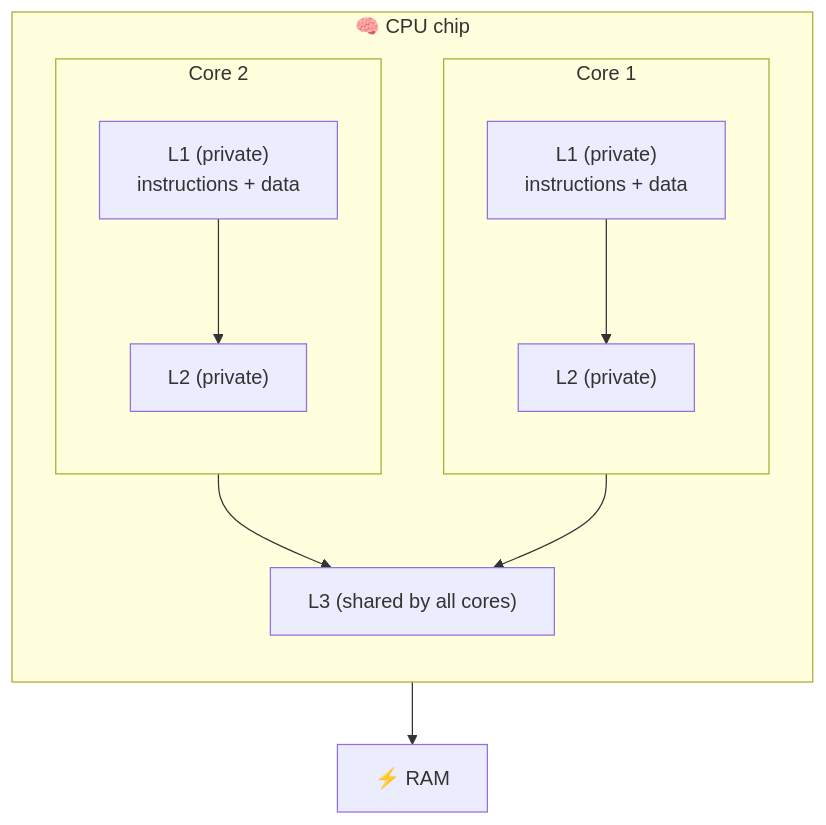
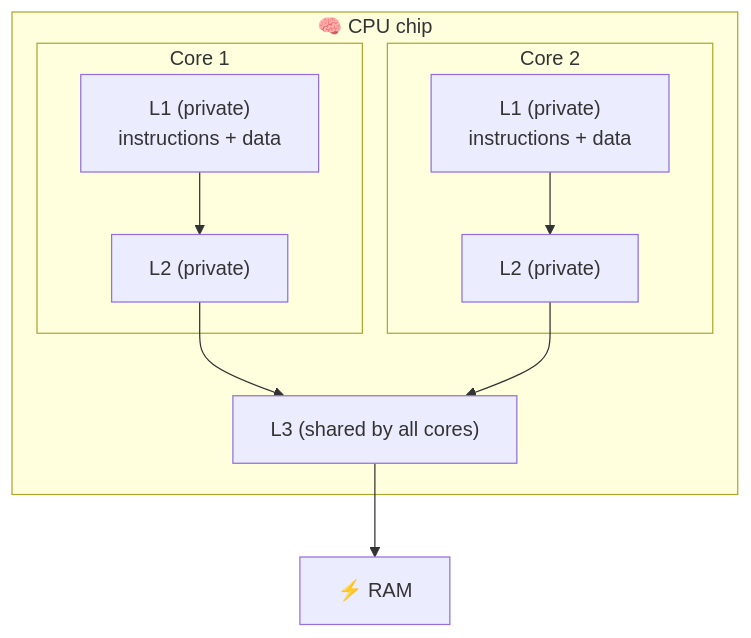
Before and after one commit to XiangXu/ywjxx: the third of 5 diagrams in content/系统设计/Computer Architecture.md, drawn with Mermaid. The commit also changed other lines of this file, not shown here.

First line of the commit message:
📝 Fix accuracy issues in Computer Architecture notes

````diff
--- a/content/系统设计/Computer Architecture.md
+++ b/content/系统设计/Computer Architecture.md
@@ -122,17 +124,14 @@
 ```mermaid
 flowchart TB
     subgraph CPU["🧠 CPU chip"]
-        direction TB
         subgraph C1["Core 1"]
-            direction TB
             L1a["L1 (private)<br/>instructions + data"] --> L2a["L2 (private)"]
         end
         subgraph C2["Core 2"]
-            direction TB
             L1b["L1 (private)<br/>instructions + data"] --> L2b["L2 (private)"]
         end
         L2a --> L3["L3 (shared by all cores)"]
         L2b --> L3
     end
     L3 --> RAM["⚡ RAM"]
 ```
````
